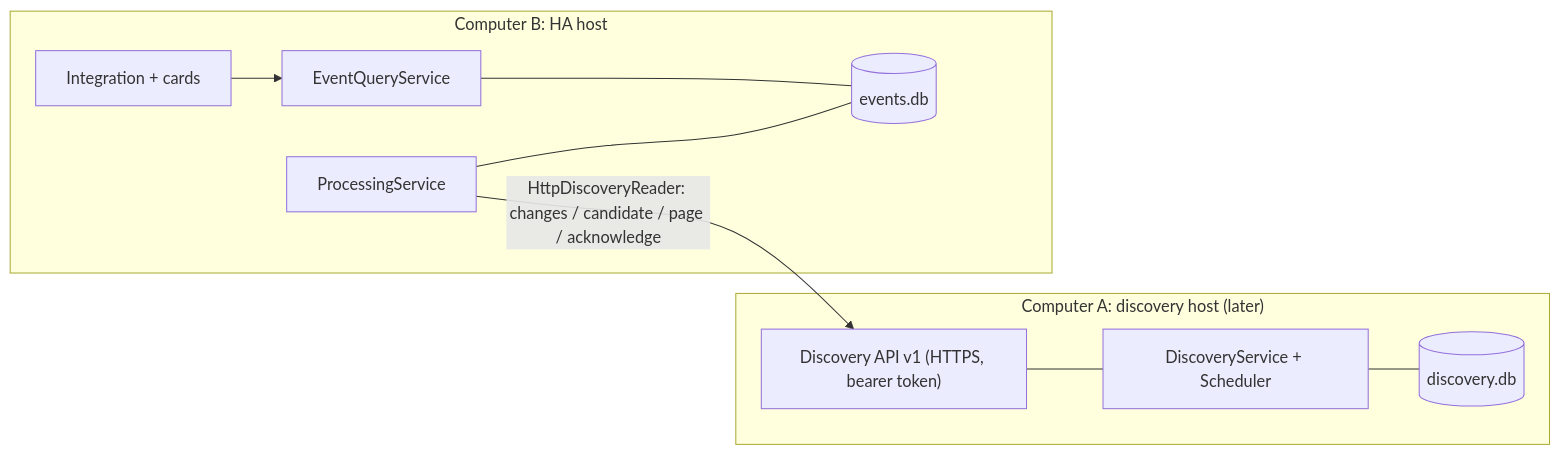
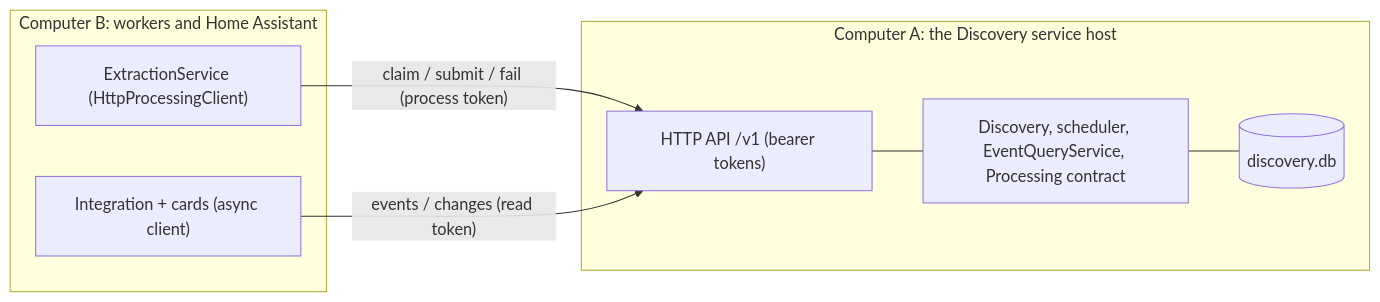
One commit to lairdrt/area-events-card changed the fifth of 5 diagrams in docs/discovery-service-architecture.md. Above: the diagram before and after it, drawn with Mermaid. The commit also changed other lines of this file and 11 other files, not shown here.

First line of the commit message:
Milestone 2C: independent extraction into the single discovery database, processing contract, event query service

````diff
--- a/docs/discovery-service-architecture.md
+++ b/docs/discovery-service-architecture.md
@@ -529,13 +581,13 @@
 ```mermaid
 flowchart LR
-  subgraph CA["Computer A: discovery host (later)"]
-    DS2["DiscoveryService + Scheduler"] --- DB2[("discovery.db")]
-    API2["Discovery API v1 (HTTPS, bearer token)"] --- DS2
+  subgraph CA["Computer A: the Discovery service host"]
+    DS2["Discovery, scheduler, EventQueryService, Processing contract"] --- DB2[("discovery.db")]
+    API2["HTTP API /v1 (bearer tokens)"] --- DS2
   end
-  subgraph CB["Computer B: HA host"]
-    PS2["ProcessingService"] --- EDB2[("events.db")]
-    Q2["EventQueryService"] --- EDB2
-    HA2["Integration + cards"] --> Q2
+  subgraph CB["Computer B: workers and Home Assistant"]
+    XW2["ExtractionService (HttpProcessingClient)"]
+    HA2["Integration + cards (async client)"]
   end
-  PS2 -- "HttpDiscoveryReader: changes / candidate / page / acknowledge" --> API2
+  XW2 -- "claim / submit / fail (process token)" --> API2
+  HA2 -- "events / changes (read token)" --> API2
 ```
````
